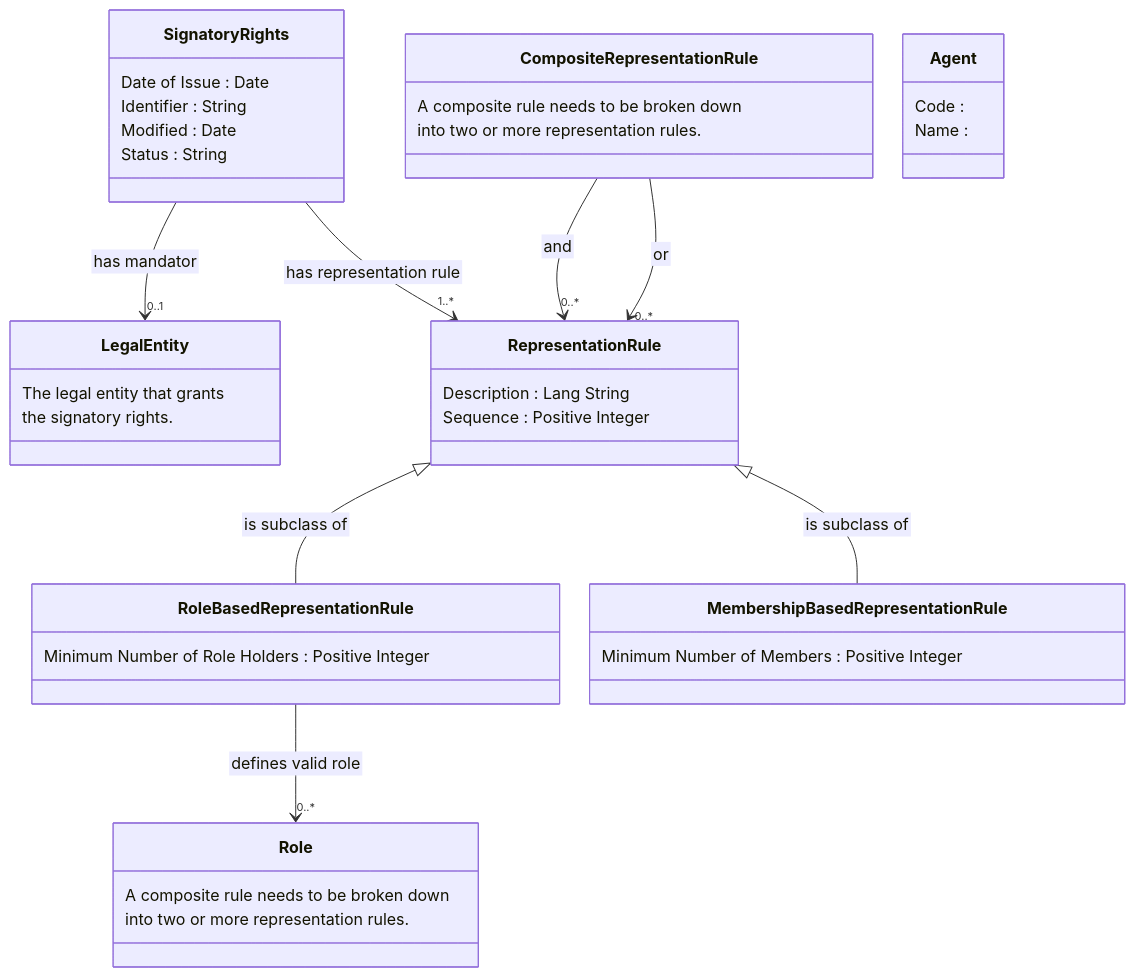
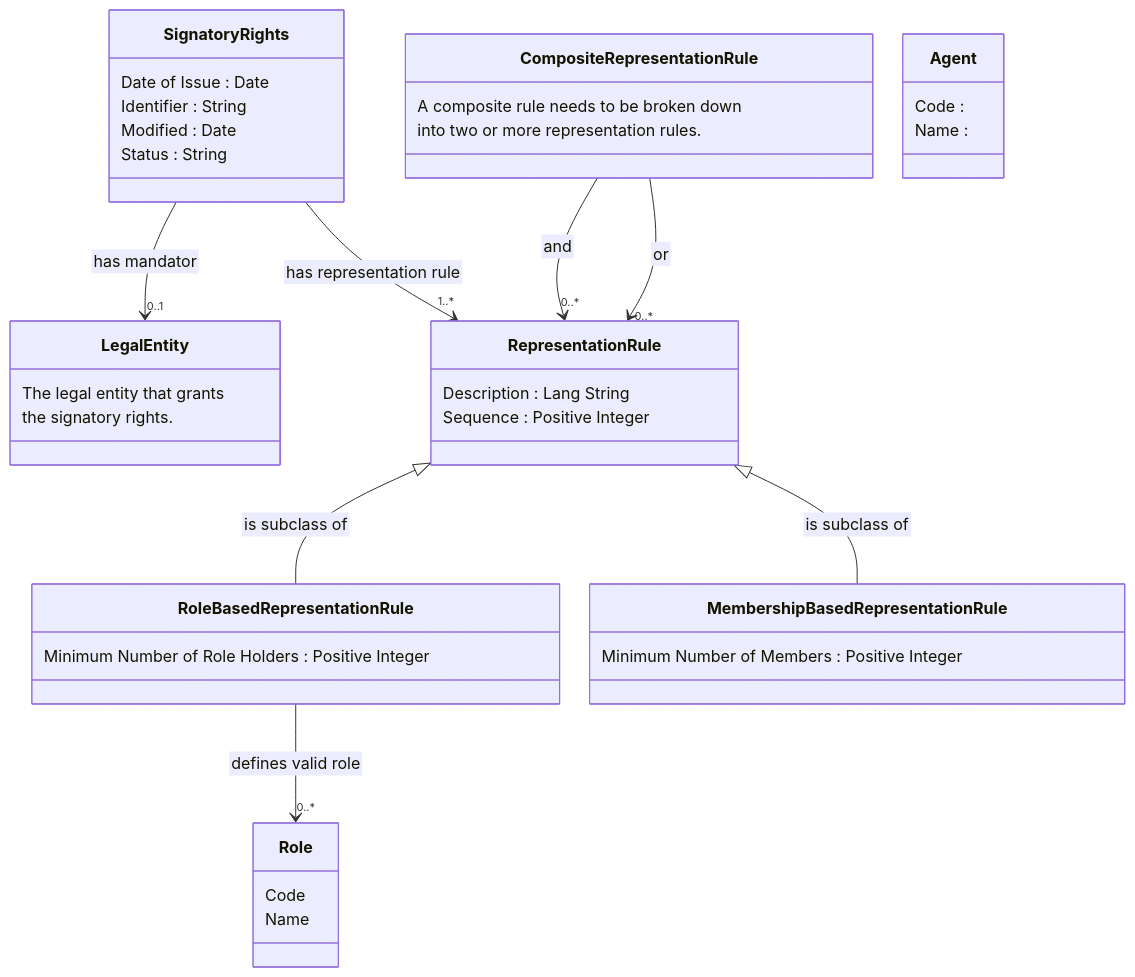
One commit to nordicsmartgovernment/Nordic-Signatory-Rights-Model changed the second of 2 diagrams in README.md. Above: the diagram before and after it, drawn with Mermaid.

````diff
--- a/README.md
+++ b/README.md
@@ -66,54 +66,54 @@
 ```mermaid
  %%{init:{'flowchart':{'nodeSpacing': 30, 'rankSpacing': 95, 'htmlLabels': false}}}%%
     classDiagram
         Representation Rule <|-- Role Based Representation Rule : is subclass of
         Representation Rule <|-- Membership Based Representation Rule : is subclass of
 
         class Signatory Rights {
             Date of Issue : Date
             Identifier : String
             Modified : Date
             Status : String
         }
 
         Signatory Rights --> "0..1" Legal Entity : has mandator
         Signatory Rights --> "1..*" Representation Rule : has representation rule
 
         class Legal Entity {
            The legal entity that grants
            the signatory rights.
         }
 
         class Representation Rule {
            Description : Lang String
            Sequence : Positive Integer
         }
 
         class Role Based Representation Rule {
            Minimum Number of Role Holders : Positive Integer
         }
 
         Role Based Representation Rule --> "0..*" Role : defines valid role
 
         class Membership Based Representation Rule {
            Minimum Number of Members : Positive Integer
         }
 
         class Composite Representation Rule {
            A composite rule needs to be broken down
            into two or more representation rules.
         }
 
         Composite Representation Rule --> "0..*" Representation Rule : and
         Composite Representation Rule --> "0..*" Representation Rule : or
 
         class Agent {
            Code : 
            Name : 
         }
 
         class Role {
-           A composite rule needs to be broken down
-           into two or more representation rules.
+           Code
+           Name
         }
 ```
````
